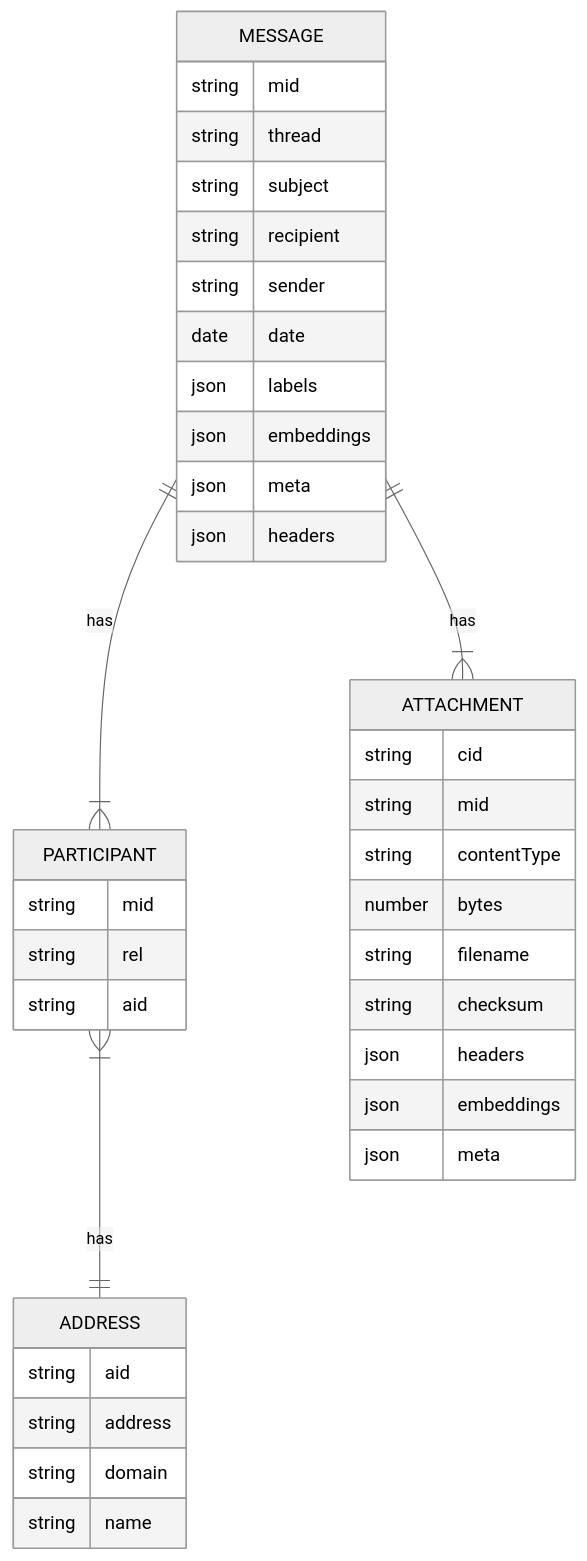
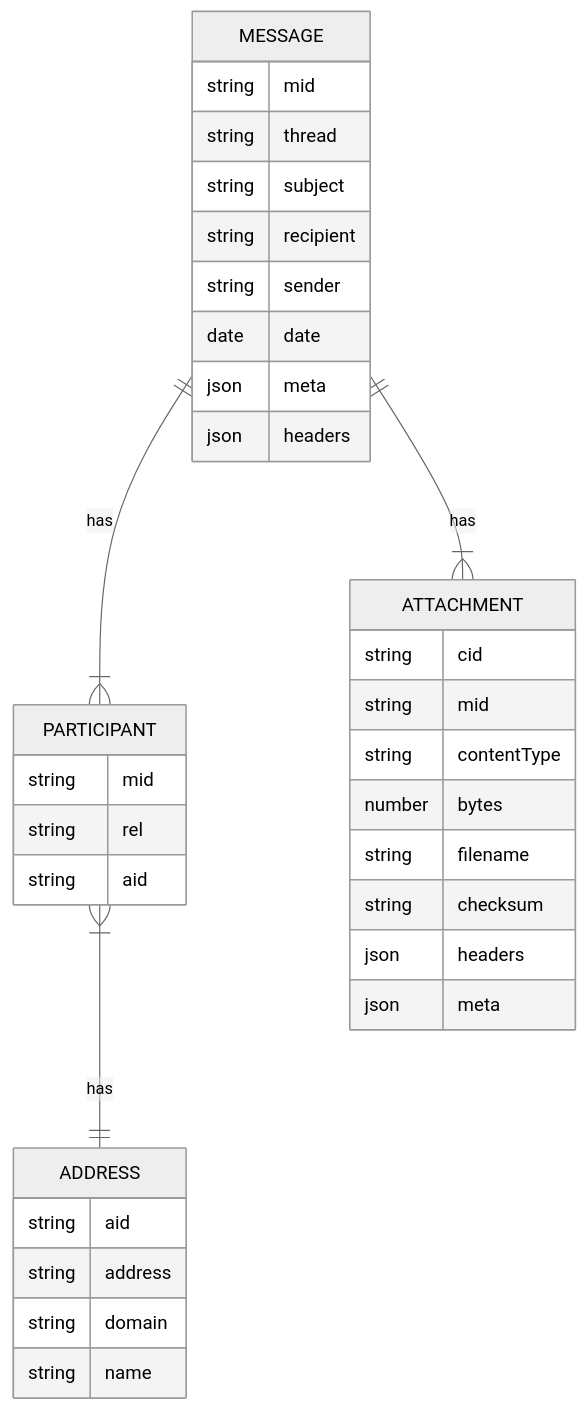
The diagram in SCHEMA.md (eaton/mailstats), drawn with Mermaid (neutral theme) before and after one commit. The commit also changed 8 other files, not shown here.

````diff
--- a/SCHEMA.md
+++ b/SCHEMA.md
@@ -9,46 +9,43 @@
 ```mermaid
 erDiagram
 
     MESSAGE ||--|{ PARTICIPANT : has
     PARTICIPANT }|--|| ADDRESS : has
     MESSAGE ||--|{ ATTACHMENT : has
 
     MESSAGE {
         string mid
         string thread
         string subject
         string recipient
         string sender
         date date
-        json labels
-        json embeddings
         json meta
         json headers
     }
 
     PARTICIPANT {
         string mid
         string rel
         string aid
     }
     
     ADDRESS {
         string aid
         string address
         string domain
         string name
     }
 
     ATTACHMENT {
         string cid
         string mid
         string contentType
         number bytes
         string filename
         string checksum
         json headers
-        json embeddings
         json meta
     }
 
 ```
````
